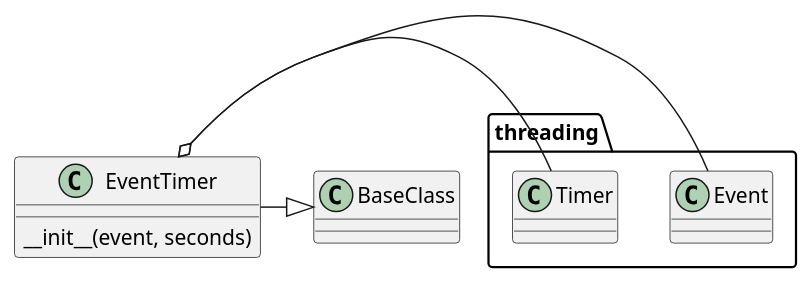
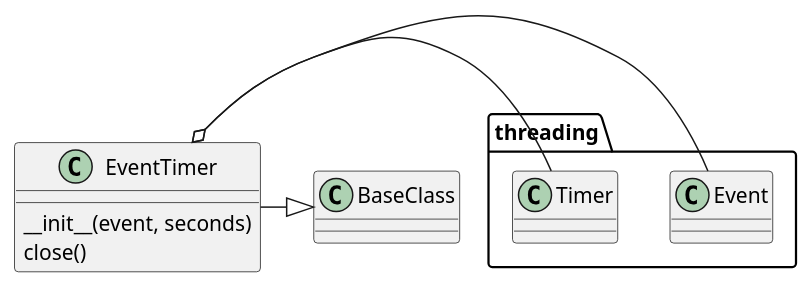
The diagram in ape/commoncode/eventtimer.rst (russell-n/theape), drawn with PlantUML before and after one commit. The commit also changed other lines of this file and 27 other files, not shown here.

```diff
--- a/ape/commoncode/eventtimer.rst
+++ b/ape/commoncode/eventtimer.rst
@@ -32,6 +33,7 @@
 .. uml::
 
    EventTimer o- threading.Event
    EventTimer o- threading.Timer
    EventTimer -|> BaseClass
-   EventTimer : __init__(event, seconds)   
+   EventTimer : __init__(event, seconds)
+   EventTimer : close()
```
